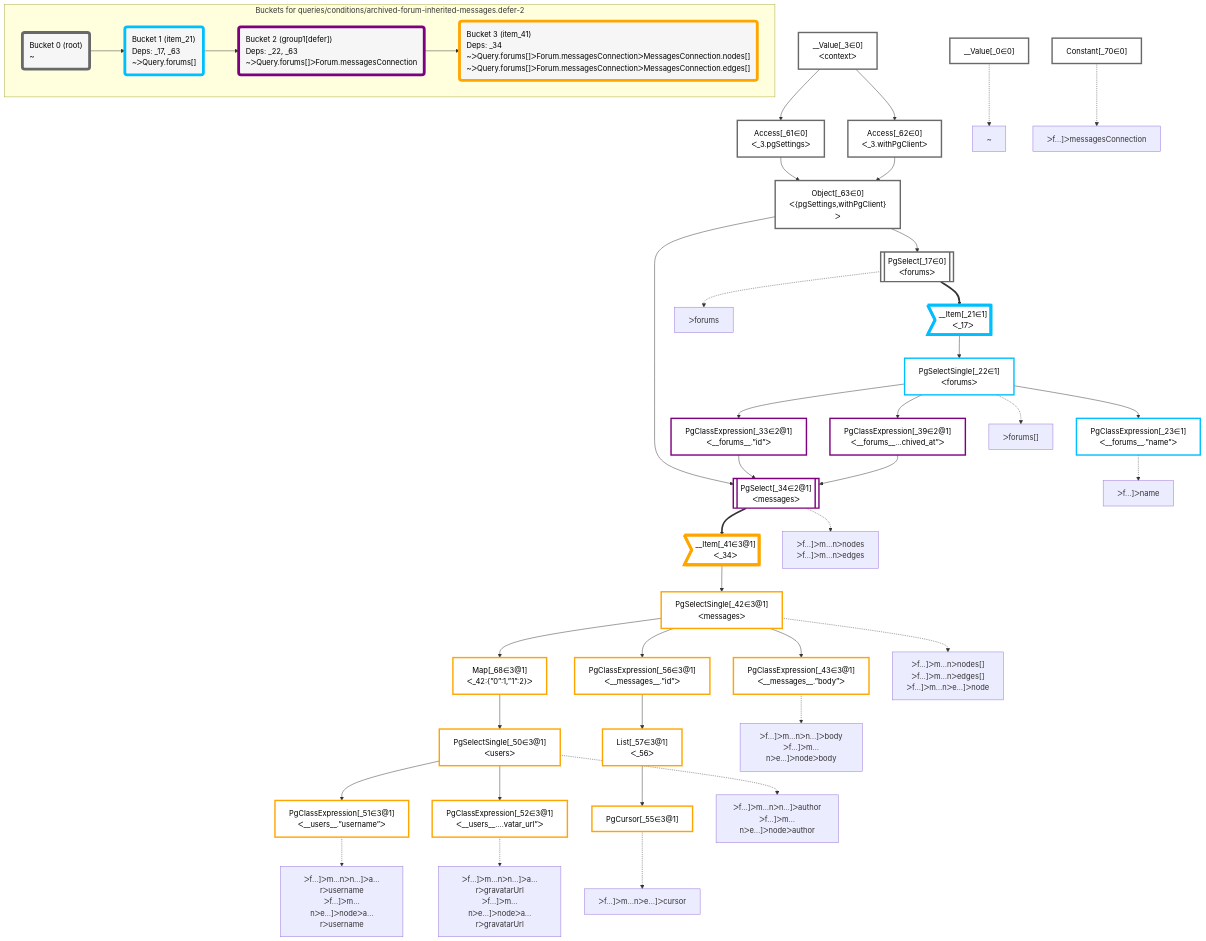
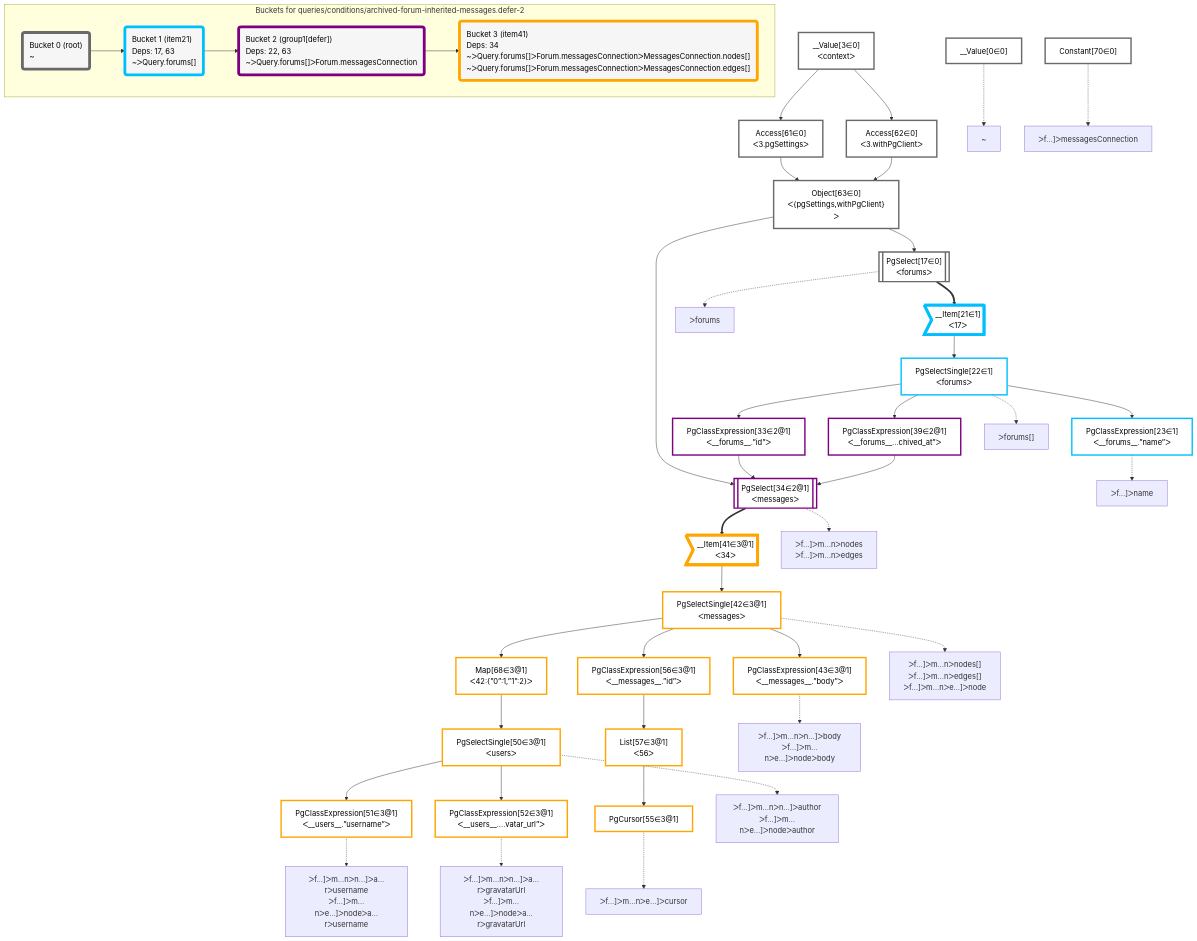
The diagram in packages/dataplan-pg/__tests__/queries/conditions/archived-forum-inherited-messages.defer-2.mermaid.md (graphile/crystal), drawn with Mermaid before and after one commit. The commit also changed 195 other files, not shown here.

```diff
--- a/packages/dataplan-pg/__tests__/queries/conditions/archived-forum-inherited-messages.defer-2.mermaid.md
+++ b/packages/dataplan-pg/__tests__/queries/conditions/archived-forum-inherited-messages.defer-2.mermaid.md
@@ -8,91 +8,91 @@
 
 
     %% define plans
-    __Value_0["__Value[_0∈0]"]:::plan
-    PgClassExpression_23["PgClassExpression[_23∈1]<br />ᐸ__forums__.”name”ᐳ"]:::plan
-    PgClassExpression_43["PgClassExpression[_43∈3@1]<br />ᐸ__messages__.”body”ᐳ"]:::plan
-    PgClassExpression_51["PgClassExpression[_51∈3@1]<br />ᐸ__users__.”username”ᐳ"]:::plan
-    PgClassExpression_52["PgClassExpression[_52∈3@1]<br />ᐸ__users__....vatar_url”ᐳ"]:::plan
-    PgSelectSingle_50["PgSelectSingle[_50∈3@1]<br />ᐸusersᐳ"]:::plan
-    Map_68["Map[_68∈3@1]<br />ᐸ_42:{”0”:1,”1”:2}ᐳ"]:::plan
-    PgCursor_55["PgCursor[_55∈3@1]"]:::plan
-    List_57["List[_57∈3@1]<br />ᐸ_56ᐳ"]:::plan
-    PgClassExpression_56["PgClassExpression[_56∈3@1]<br />ᐸ__messages__.”id”ᐳ"]:::plan
-    PgSelectSingle_42["PgSelectSingle[_42∈3@1]<br />ᐸmessagesᐳ"]:::plan
-    __Item_41>"__Item[_41∈3@1]<br />ᐸ_34ᐳ"]:::itemplan
-    PgSelect_34[["PgSelect[_34∈2@1]<br />ᐸmessagesᐳ"]]:::plan
-    PgClassExpression_33["PgClassExpression[_33∈2@1]<br />ᐸ__forums__.”id”ᐳ"]:::plan
-    PgClassExpression_39["PgClassExpression[_39∈2@1]<br />ᐸ__forums__...chived_at”ᐳ"]:::plan
-    PgSelectSingle_22["PgSelectSingle[_22∈1]<br />ᐸforumsᐳ"]:::plan
-    __Item_21>"__Item[_21∈1]<br />ᐸ_17ᐳ"]:::itemplan
-    PgSelect_17[["PgSelect[_17∈0]<br />ᐸforumsᐳ"]]:::plan
-    Object_63["Object[_63∈0]<br />ᐸ{pgSettings,withPgClient}ᐳ"]:::plan
-    Access_61["Access[_61∈0]<br />ᐸ_3.pgSettingsᐳ"]:::plan
-    Access_62["Access[_62∈0]<br />ᐸ_3.withPgClientᐳ"]:::plan
-    __Value_3["__Value[_3∈0]<br />ᐸcontextᐳ"]:::plan
-    Constant_70["Constant[_70∈0]"]:::plan
+    __Value0["__Value[0∈0]"]:::plan
+    PgClassExpression23["PgClassExpression[23∈1]<br />ᐸ__forums__.”name”ᐳ"]:::plan
+    PgClassExpression43["PgClassExpression[43∈3@1]<br />ᐸ__messages__.”body”ᐳ"]:::plan
+    PgClassExpression51["PgClassExpression[51∈3@1]<br />ᐸ__users__.”username”ᐳ"]:::plan
+    PgClassExpression52["PgClassExpression[52∈3@1]<br />ᐸ__users__....vatar_url”ᐳ"]:::plan
+    PgSelectSingle50["PgSelectSingle[50∈3@1]<br />ᐸusersᐳ"]:::plan
+    Map68["Map[68∈3@1]<br />ᐸ42:{”0”:1,”1”:2}ᐳ"]:::plan
+    PgCursor55["PgCursor[55∈3@1]"]:::plan
+    List57["List[57∈3@1]<br />ᐸ56ᐳ"]:::plan
+    PgClassExpression56["PgClassExpression[56∈3@1]<br />ᐸ__messages__.”id”ᐳ"]:::plan
+    PgSelectSingle42["PgSelectSingle[42∈3@1]<br />ᐸmessagesᐳ"]:::plan
+    __Item41>"__Item[41∈3@1]<br />ᐸ34ᐳ"]:::itemplan
+    PgSelect34[["PgSelect[34∈2@1]<br />ᐸmessagesᐳ"]]:::plan
+    PgClassExpression33["PgClassExpression[33∈2@1]<br />ᐸ__forums__.”id”ᐳ"]:::plan
+    PgClassExpression39["PgClassExpression[39∈2@1]<br />ᐸ__forums__...chived_at”ᐳ"]:::plan
+    PgSelectSingle22["PgSelectSingle[22∈1]<br />ᐸforumsᐳ"]:::plan
+    __Item21>"__Item[21∈1]<br />ᐸ17ᐳ"]:::itemplan
+    PgSelect17[["PgSelect[17∈0]<br />ᐸforumsᐳ"]]:::plan
+    Object63["Object[63∈0]<br />ᐸ{pgSettings,withPgClient}ᐳ"]:::plan
+    Access61["Access[61∈0]<br />ᐸ3.pgSettingsᐳ"]:::plan
+    Access62["Access[62∈0]<br />ᐸ3.withPgClientᐳ"]:::plan
+    __Value3["__Value[3∈0]<br />ᐸcontextᐳ"]:::plan
+    Constant70["Constant[70∈0]"]:::plan
 
     %% plan dependencies
-    PgSelectSingle_22 --> PgClassExpression_23
-    PgSelectSingle_42 --> PgClassExpression_43
-    PgSelectSingle_50 --> PgClassExpression_51
-    PgSelectSingle_50 --> PgClassExpression_52
-    Map_68 --> PgSelectSingle_50
-    PgSelectSingle_42 --> Map_68
-    List_57 --> PgCursor_55
-    PgClassExpression_56 --> List_57
-    PgSelectSingle_42 --> PgClassExpression_56
-    __Item_41 --> PgSelectSingle_42
-    PgSelect_34 ==> __Item_41
-    Object_63 & PgClassExpression_33 & PgClassExpression_39 --> PgSelect_34
-    PgSelectSingle_22 --> PgClassExpression_33
-    PgSelectSingle_22 --> PgClassExpression_39
-    __Item_21 --> PgSelectSingle_22
-    PgSelect_17 ==> __Item_21
-    Object_63 --> PgSelect_17
-    Access_61 & Access_62 --> Object_63
-    __Value_3 --> Access_61
-    __Value_3 --> Access_62
+    PgSelectSingle22 --> PgClassExpression23
+    PgSelectSingle42 --> PgClassExpression43
+    PgSelectSingle50 --> PgClassExpression51
+    PgSelectSingle50 --> PgClassExpression52
+    Map68 --> PgSelectSingle50
+    PgSelectSingle42 --> Map68
+    List57 --> PgCursor55
+    PgClassExpression56 --> List57
+    PgSelectSingle42 --> PgClassExpression56
+    __Item41 --> PgSelectSingle42
+    PgSelect34 ==> __Item41
+    Object63 & PgClassExpression33 & PgClassExpression39 --> PgSelect34
+    PgSelectSingle22 --> PgClassExpression33
+    PgSelectSingle22 --> PgClassExpression39
+    __Item21 --> PgSelectSingle22
+    PgSelect17 ==> __Item21
+    Object63 --> PgSelect17
+    Access61 & Access62 --> Object63
+    __Value3 --> Access61
+    __Value3 --> Access62
 
     %% plan-to-path relationships
-    P_0["~"]
-    __Value_0 -.-> P_0
-    P_17["ᐳforums"]
-    PgSelect_17 -.-> P_17
-    P_22["ᐳforums[]"]
-    PgSelectSingle_22 -.-> P_22
-    P_23["ᐳf…]ᐳname"]
-    PgClassExpression_23 -.-> P_23
-    P_34["ᐳf…]ᐳm…nᐳnodes<br />ᐳf…]ᐳm…nᐳedges"]
-    PgSelect_34 -.-> P_34
-    P_42["ᐳf…]ᐳm…nᐳnodes[]<br />ᐳf…]ᐳm…nᐳedges[]<br />ᐳf…]ᐳm…nᐳe…]ᐳnode"]
-    PgSelectSingle_42 -.-> P_42
-    P_43["ᐳf…]ᐳm…nᐳn…]ᐳbody<br />ᐳf…]ᐳm…nᐳe…]ᐳnodeᐳbody"]
-    PgClassExpression_43 -.-> P_43
-    P_50["ᐳf…]ᐳm…nᐳn…]ᐳauthor<br />ᐳf…]ᐳm…nᐳe…]ᐳnodeᐳauthor"]
-    PgSelectSingle_50 -.-> P_50
-    P_51["ᐳf…]ᐳm…nᐳn…]ᐳa…rᐳusername<br />ᐳf…]ᐳm…nᐳe…]ᐳnodeᐳa…rᐳusername"]
-    PgClassExpression_51 -.-> P_51
-    P_52["ᐳf…]ᐳm…nᐳn…]ᐳa…rᐳgravatarUrl<br />ᐳf…]ᐳm…nᐳe…]ᐳnodeᐳa…rᐳgravatarUrl"]
-    PgClassExpression_52 -.-> P_52
-    P_55["ᐳf…]ᐳm…nᐳe…]ᐳcursor"]
-    PgCursor_55 -.-> P_55
-    P_70["ᐳf…]ᐳmessagesConnection"]
-    Constant_70 -.-> P_70
+    P0["~"]
+    __Value0 -.-> P0
+    P17["ᐳforums"]
+    PgSelect17 -.-> P17
+    P22["ᐳforums[]"]
+    PgSelectSingle22 -.-> P22
+    P23["ᐳf…]ᐳname"]
+    PgClassExpression23 -.-> P23
+    P34["ᐳf…]ᐳm…nᐳnodes<br />ᐳf…]ᐳm…nᐳedges"]
+    PgSelect34 -.-> P34
+    P42["ᐳf…]ᐳm…nᐳnodes[]<br />ᐳf…]ᐳm…nᐳedges[]<br />ᐳf…]ᐳm…nᐳe…]ᐳnode"]
+    PgSelectSingle42 -.-> P42
+    P43["ᐳf…]ᐳm…nᐳn…]ᐳbody<br />ᐳf…]ᐳm…nᐳe…]ᐳnodeᐳbody"]
+    PgClassExpression43 -.-> P43
+    P50["ᐳf…]ᐳm…nᐳn…]ᐳauthor<br />ᐳf…]ᐳm…nᐳe…]ᐳnodeᐳauthor"]
+    PgSelectSingle50 -.-> P50
+    P51["ᐳf…]ᐳm…nᐳn…]ᐳa…rᐳusername<br />ᐳf…]ᐳm…nᐳe…]ᐳnodeᐳa…rᐳusername"]
+    PgClassExpression51 -.-> P51
+    P52["ᐳf…]ᐳm…nᐳn…]ᐳa…rᐳgravatarUrl<br />ᐳf…]ᐳm…nᐳe…]ᐳnodeᐳa…rᐳgravatarUrl"]
+    PgClassExpression52 -.-> P52
+    P55["ᐳf…]ᐳm…nᐳe…]ᐳcursor"]
+    PgCursor55 -.-> P55
+    P70["ᐳf…]ᐳmessagesConnection"]
+    Constant70 -.-> P70
 
     subgraph "Buckets for queries/conditions/archived-forum-inherited-messages.defer-2"
     Bucket0("Bucket 0 (root)<br />~"):::bucket
     classDef bucket0 stroke:#696969
-    class Bucket0,__Value_0,__Value_3,PgSelect_17,Access_61,Access_62,Object_63,Constant_70 bucket0
-    Bucket1("Bucket 1 (item_21)<br />Deps: _17, _63<br />~ᐳQuery.forums[]"):::bucket
+    class Bucket0,__Value0,__Value3,PgSelect17,Access61,Access62,Object63,Constant70 bucket0
+    Bucket1("Bucket 1 (item21)<br />Deps: 17, 63<br />~ᐳQuery.forums[]"):::bucket
     classDef bucket1 stroke:#00bfff
-    class Bucket1,__Item_21,PgSelectSingle_22,PgClassExpression_23 bucket1
-    Bucket2("Bucket 2 (group1[defer])<br />Deps: _22, _63<br />~ᐳQuery.forums[]ᐳForum.messagesConnection"):::bucket
+    class Bucket1,__Item21,PgSelectSingle22,PgClassExpression23 bucket1
+    Bucket2("Bucket 2 (group1[defer])<br />Deps: 22, 63<br />~ᐳQuery.forums[]ᐳForum.messagesConnection"):::bucket
     classDef bucket2 stroke:#7f007f
-    class Bucket2,PgClassExpression_33,PgSelect_34,PgClassExpression_39 bucket2
-    Bucket3("Bucket 3 (item_41)<br />Deps: _34<br />~ᐳQuery.forums[]ᐳForum.messagesConnectionᐳMessagesConnection.nodes[]<br />~ᐳQuery.forums[]ᐳForum.messagesConnectionᐳMessagesConnection.edges[]"):::bucket
+    class Bucket2,PgClassExpression33,PgSelect34,PgClassExpression39 bucket2
+    Bucket3("Bucket 3 (item41)<br />Deps: 34<br />~ᐳQuery.forums[]ᐳForum.messagesConnectionᐳMessagesConnection.nodes[]<br />~ᐳQuery.forums[]ᐳForum.messagesConnectionᐳMessagesConnection.edges[]"):::bucket
     classDef bucket3 stroke:#ffa500
-    class Bucket3,__Item_41,PgSelectSingle_42,PgClassExpression_43,PgSelectSingle_50,PgClassExpression_51,PgClassExpression_52,PgCursor_55,PgClassExpression_56,List_57,Map_68 bucket3
+    class Bucket3,__Item41,PgSelectSingle42,PgClassExpression43,PgSelectSingle50,PgClassExpression51,PgClassExpression52,PgCursor55,PgClassExpression56,List57,Map68 bucket3
     Bucket0 --> Bucket1
     Bucket1 --> Bucket2
     Bucket2 --> Bucket3
```
